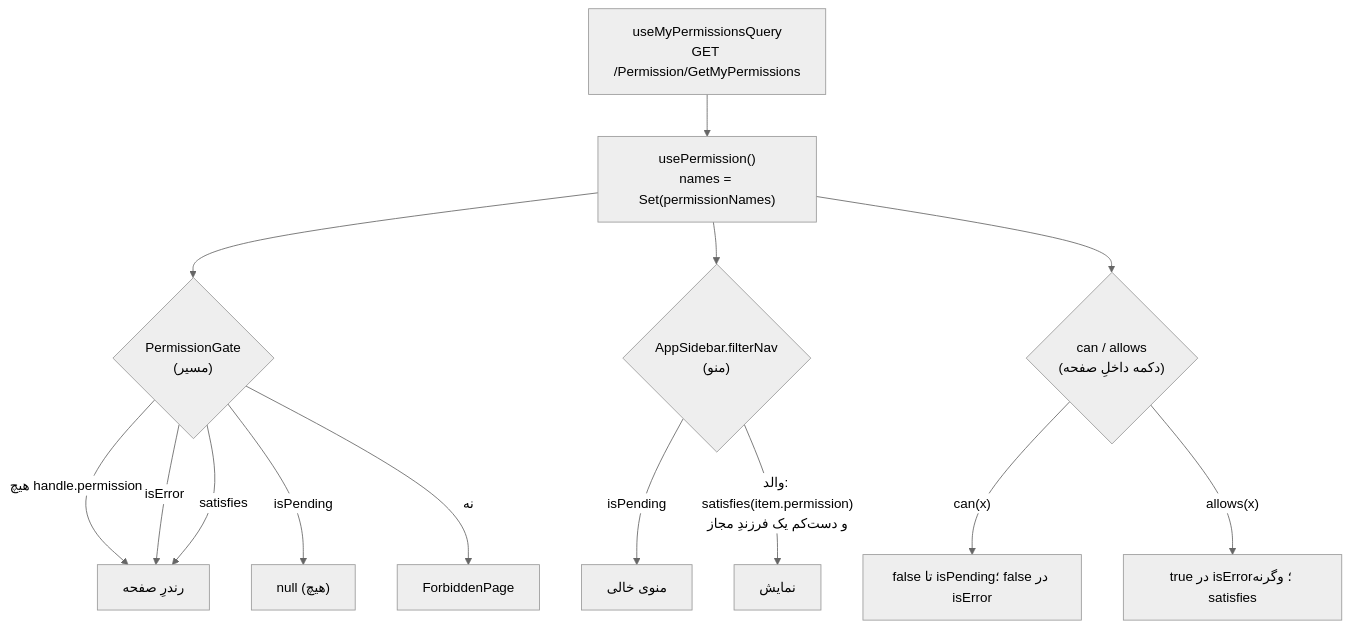
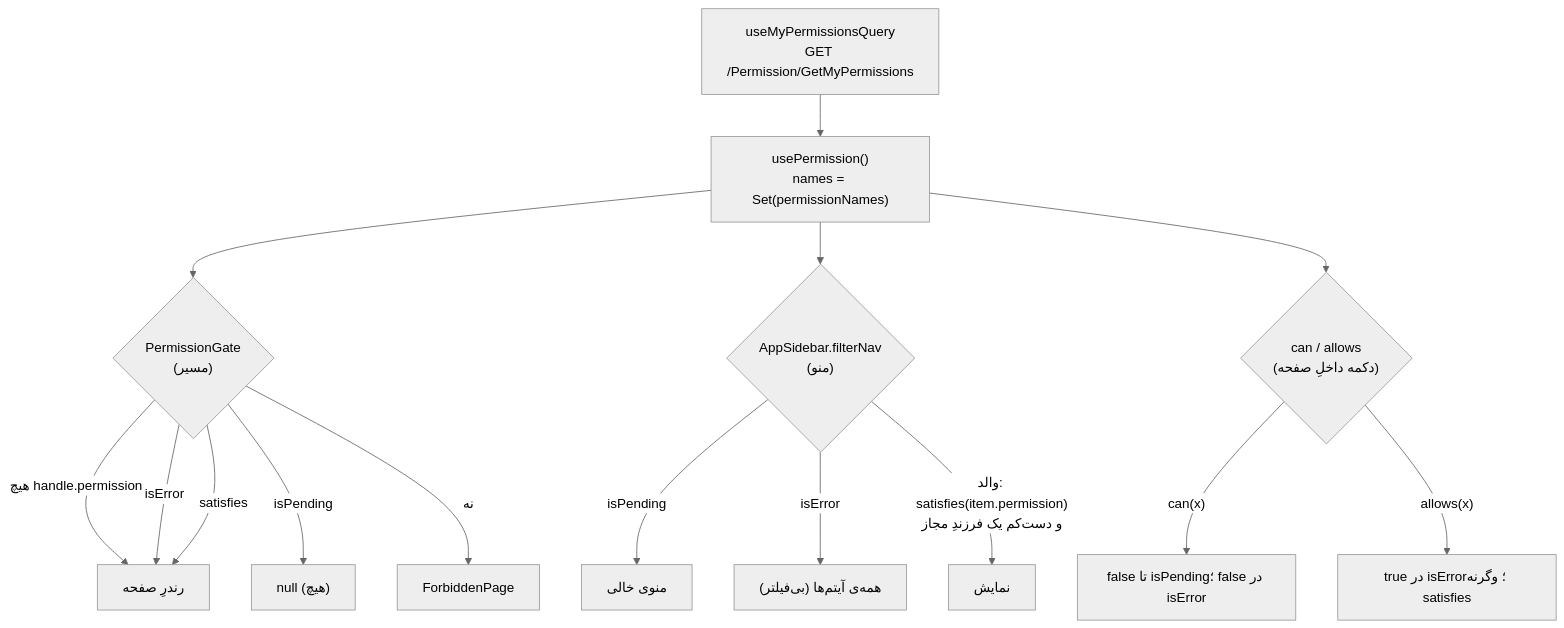
Before and after one commit to Mr0Hadi/OurERP: the diagram in Frontend/docs/architecture/05-permissions.md, drawn with Mermaid (neutral theme). The commit also changed other lines of this file and 20 other files, not shown here.

````diff
--- a/Frontend/docs/architecture/05-permissions.md
+++ b/Frontend/docs/architecture/05-permissions.md
@@ -36,19 +36,20 @@
 ```mermaid
 flowchart TD
   Q["useMyPermissionsQuery<br/>GET /Permission/GetMyPermissions"] --> UP["usePermission()<br/>names = Set(permissionNames)"]
   UP --> G{"PermissionGate<br/>(مسیر)"}
   UP --> M{"AppSidebar.filterNav<br/>(منو)"}
   UP --> B{"can / allows<br/>(دکمه داخلِ صفحه)"}
 
   G -->|"هیچ handle.permission"| Open[رندرِ صفحه]
   G -->|isPending| Null["null (هیچ)"]
   G -->|isError| Open
   G -->|satisfies| Open
   G -->|نه| F[ForbiddenPage]
 
   M -->|isPending| Empty["منوی خالی"]
+  M -->|isError| All["همه‌ی آیتم‌ها (بی‌فیلتر)"]
   M -->|"والد: satisfies(item.permission)<br/>و دست‌کم یک فرزندِ مجاز"| Show[نمایش]
 
   B -->|"can(x)"| C1["false تا isPending؛ false در isError"]
   B -->|"allows(x)"| C2["true در isError؛ وگرنه satisfies"]
 ```
````
